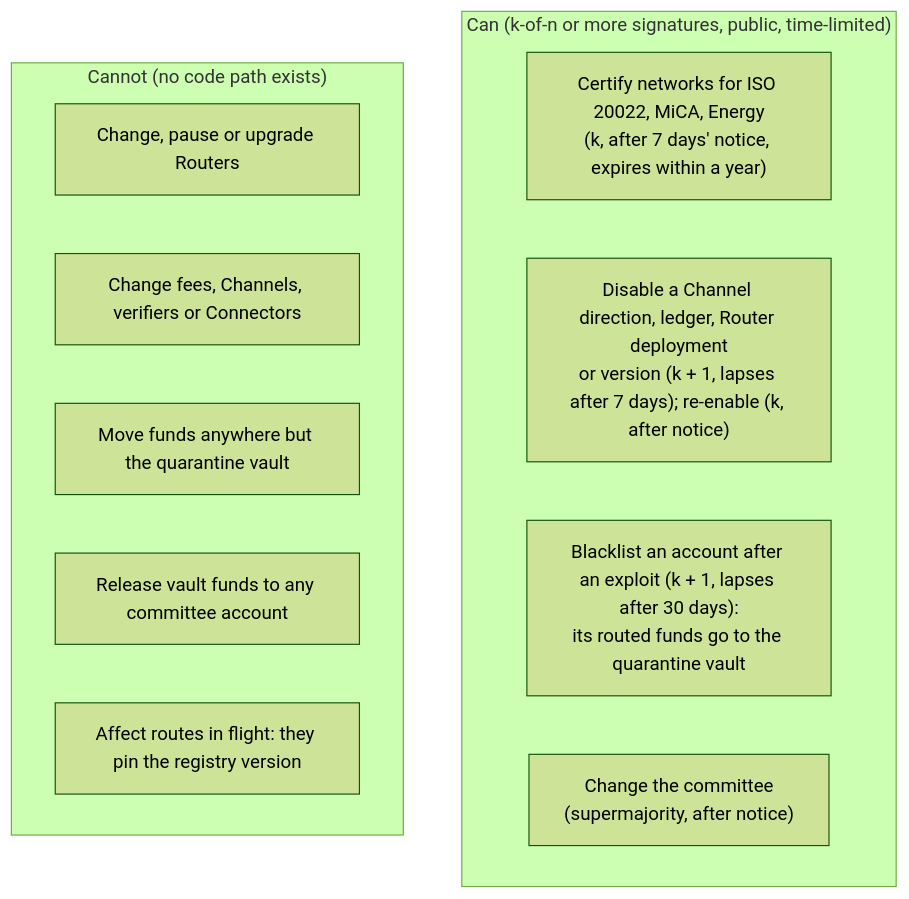
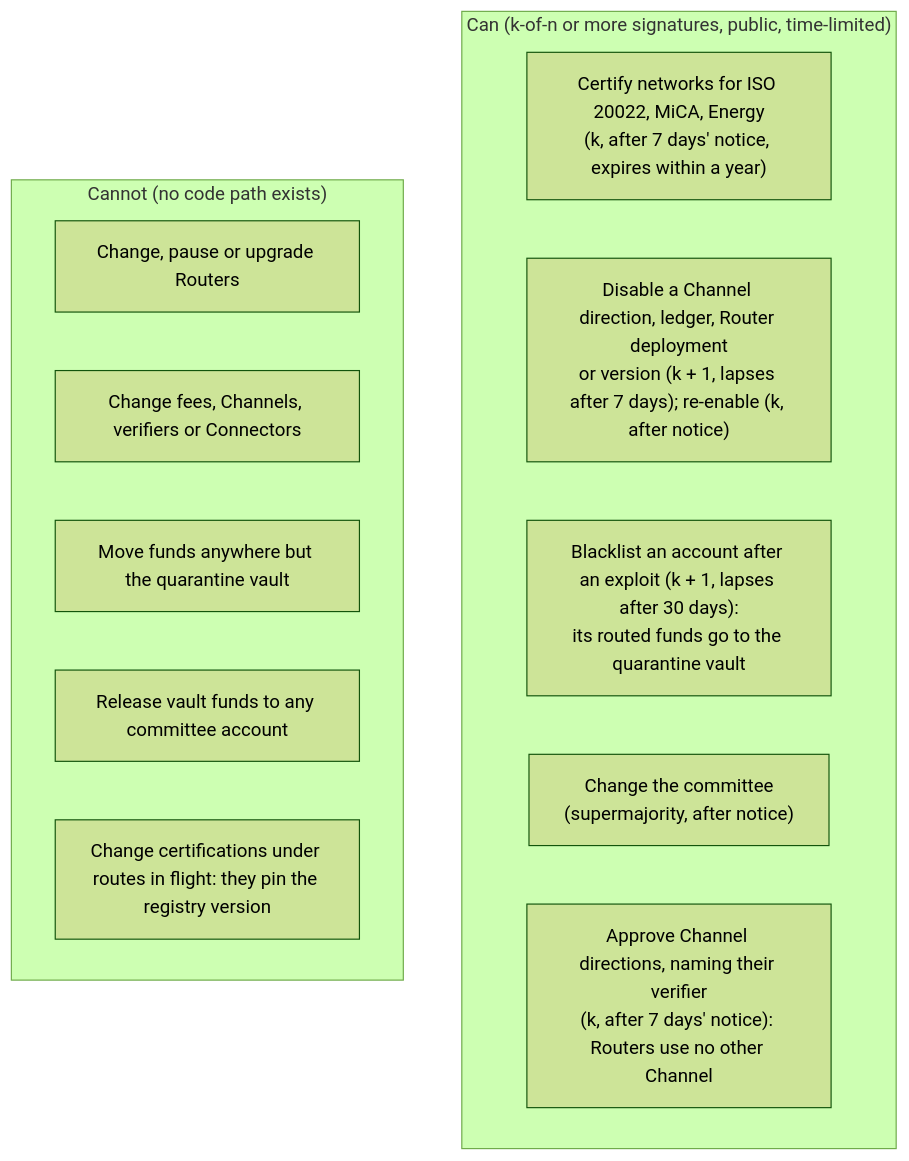
One commit to ColdAI-org/clprouter changed the fourth of 4 diagrams in README.md. Above: the diagram before and after it, drawn with Mermaid (forest theme). The commit also changed other lines of this file and 9 other files, not shown here.

````diff
--- a/README.md
+++ b/README.md
@@ -192,16 +192,17 @@
 ```mermaid
 flowchart TB
     subgraph CAN["Can (k-of-n or more signatures, public, time-limited)"]
         c1["Certify networks for ISO 20022, MiCA, Energy<br/>(k, after 7 days' notice, expires within a year)"]
         c2["Disable a Channel direction, ledger, Router deployment<br/>or version (k + 1, lapses after 7 days); re-enable (k, after notice)"]
         c3["Blacklist an account after an exploit (k + 1, lapses after 30 days):<br/>its routed funds go to the quarantine vault"]
         c4["Change the committee<br/>(supermajority, after notice)"]
+        c5["Approve Channel directions, naming their verifier<br/>(k, after 7 days' notice): Routers use no other Channel"]
     end
     subgraph CANNOT["Cannot (no code path exists)"]
         n1["Change, pause or upgrade Routers"]
         n2["Change fees, Channels, verifiers or Connectors"]
         n3["Move funds anywhere but the quarantine vault"]
         n4["Release vault funds to any committee account"]
-        n5["Affect routes in flight: they pin the registry version"]
+        n5["Change certifications under routes in flight: they pin the registry version"]
     end
 ```
````
